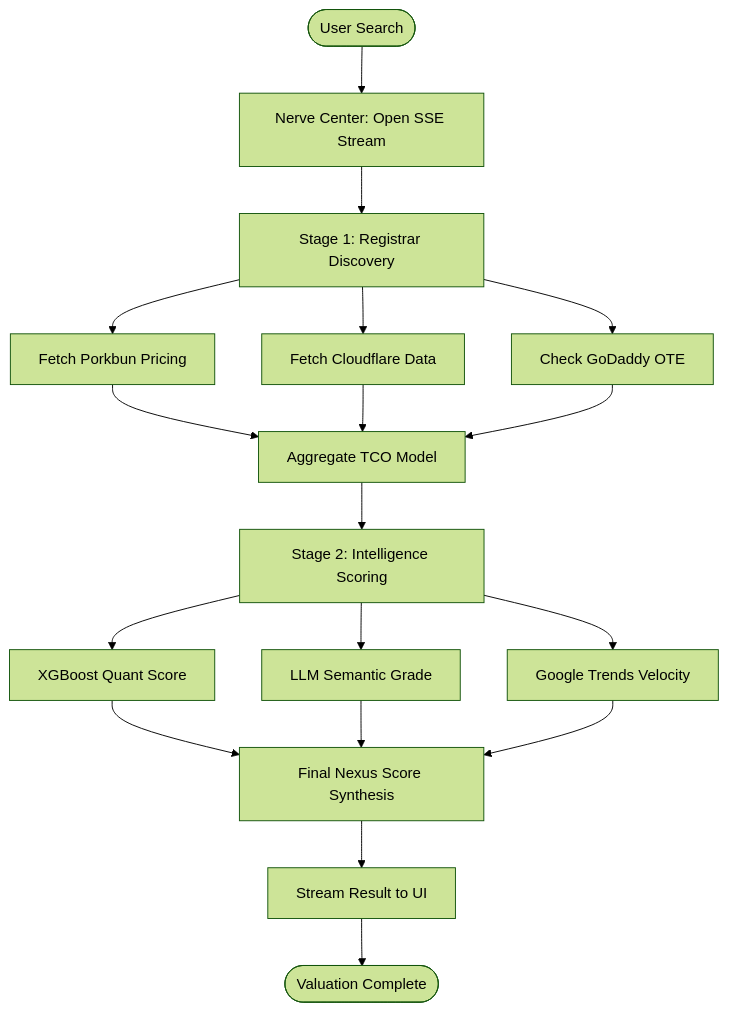
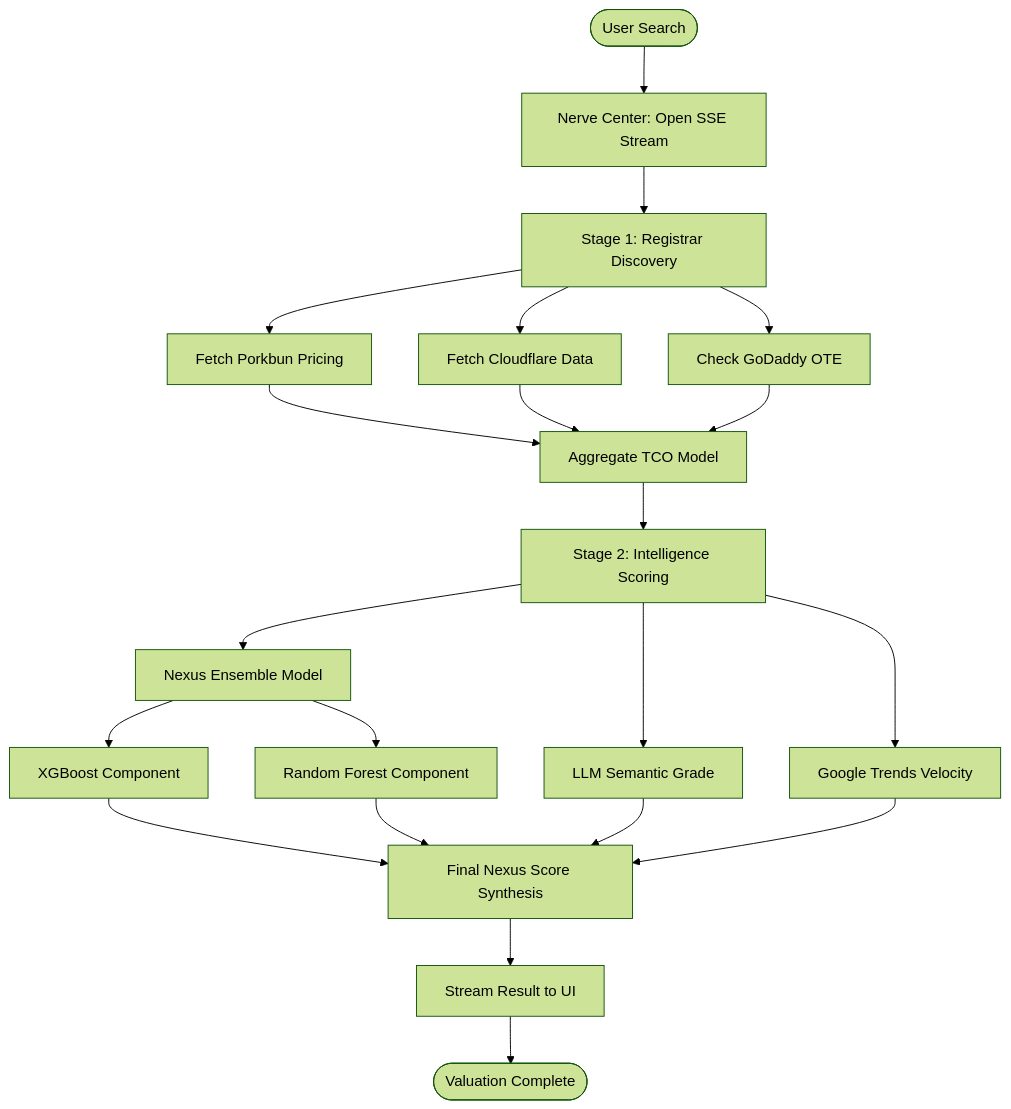
Before and after one commit to electron000/NEXUS: the third of 5 diagrams in DOCUMENTATION.md, drawn with Mermaid (forest theme). The commit also changed other lines of this file and 8 other files, not shown here.

````diff
--- a/DOCUMENTATION.md
+++ b/DOCUMENTATION.md
@@ -87,19 +90,21 @@
 ```mermaid
 flowchart TD
     Start([User Search]) --> Request[Nerve Center: Open SSE Stream]
     Request --> Stage1[Stage 1: Registrar Discovery]
     Stage1 --> P1[Fetch Porkbun Pricing]
     Stage1 --> P2[Fetch Cloudflare Data]
     Stage1 --> P3[Check GoDaddy OTE]
     
     P1 & P2 & P3 --> Aggregator[Aggregate TCO Model]
     Aggregator --> Stage2[Stage 2: Intelligence Scoring]
     
-    Stage2 --> ML[XGBoost Quant Score]
+    Stage2 --> ML[Nexus Ensemble Model]
+    ML --> XGB[XGBoost Component]
+    ML --> RF_M[Random Forest Component]
     Stage2 --> SEM[LLM Semantic Grade]
     Stage2 --> TRD[Google Trends Velocity]
     
-    ML & SEM & TRD --> Synthesis[Final Nexus Score Synthesis]
+    XGB & RF_M & SEM & TRD --> Synthesis[Final Nexus Score Synthesis]
     Synthesis --> Output[Stream Result to UI]
     Output --> End([Valuation Complete])
 ```
````
